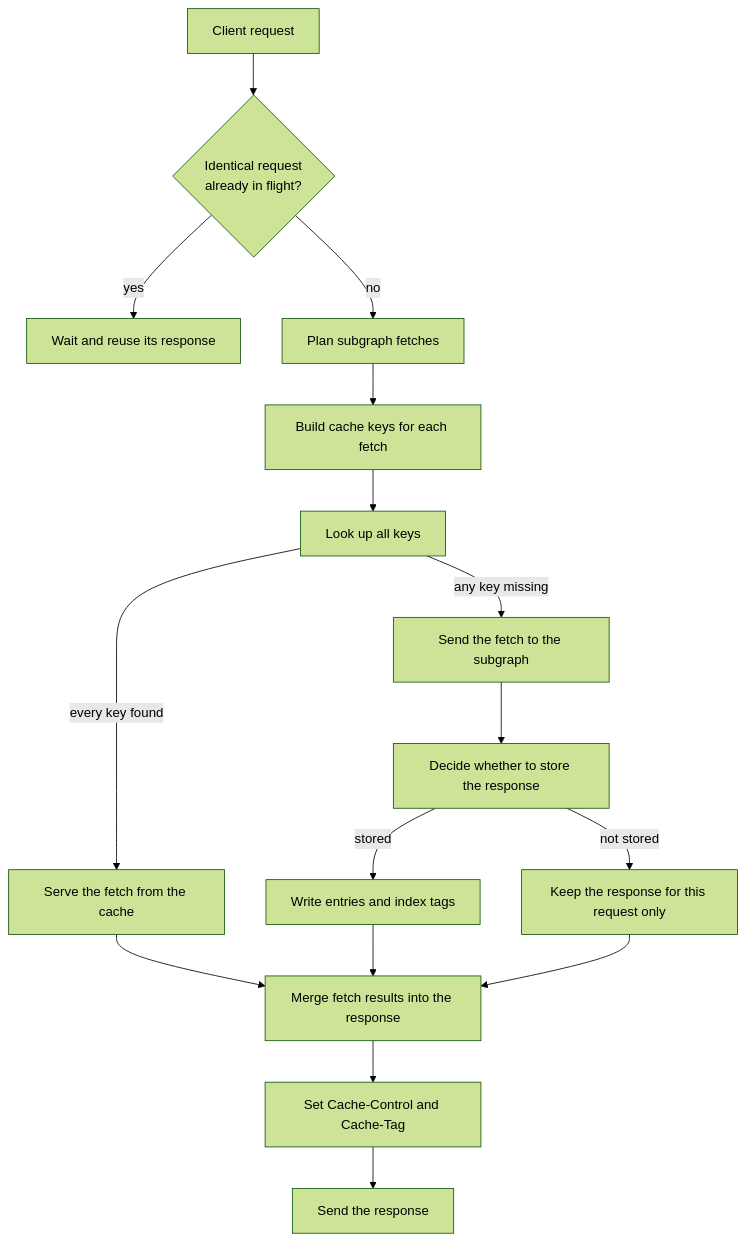
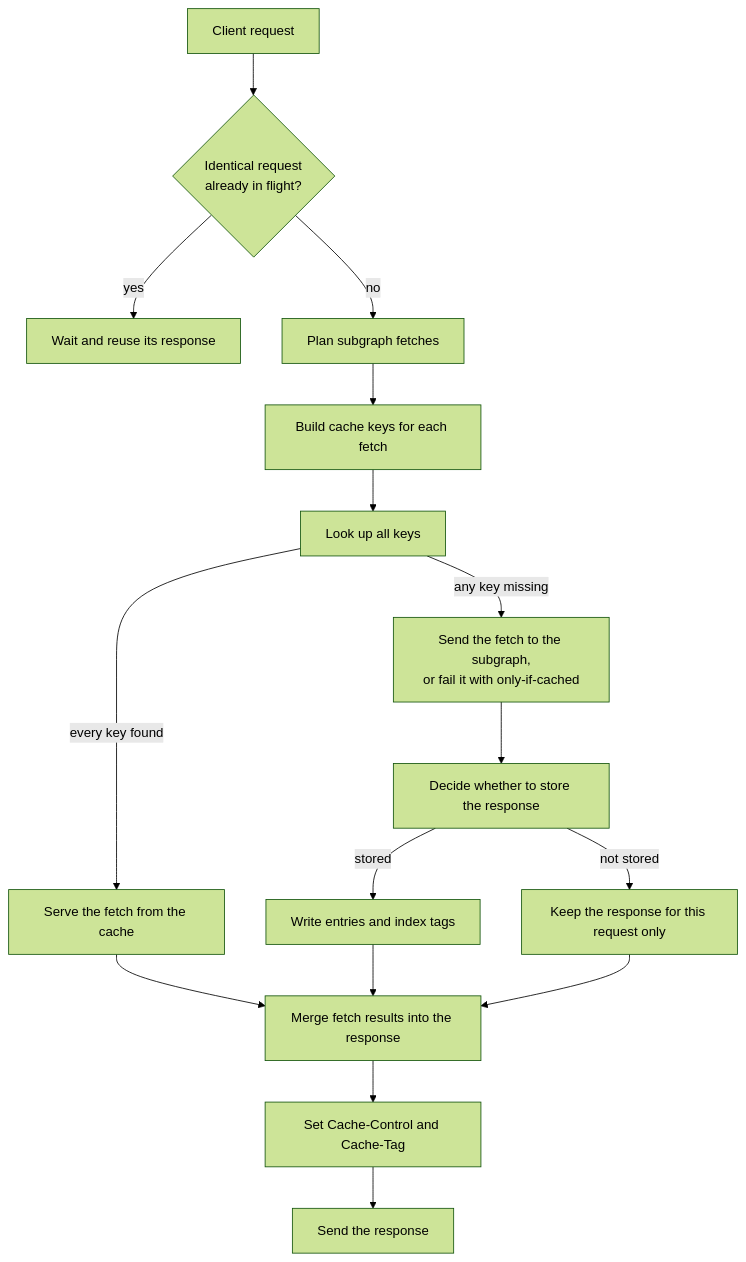
Before and after one commit to wundergraph/cosmo: the diagram in docs-website/router/response-cache/how-it-works.mdx, drawn with Mermaid (forest theme). The commit also changed other lines of this file and 2 other files, not shown here.

````diff
--- a/docs-website/router/response-cache/how-it-works.mdx
+++ b/docs-website/router/response-cache/how-it-works.mdx
@@ -18,18 +18,18 @@
 ```mermaid
 flowchart TD
   A[Client request] --> B{Identical request<br/>already in flight?}
   B -- yes --> C[Wait and reuse its response]
   B -- no --> D[Plan subgraph fetches]
   D --> E[Build cache keys for each fetch]
   E --> F[Look up all keys]
   F -- every key found --> G[Serve the fetch from the cache]
-  F -- any key missing --> H[Send the fetch to the subgraph]
+  F -- any key missing --> H[Send the fetch to the subgraph,<br/>or fail it with only-if-cached]
   H --> I[Decide whether to store the response]
   I -- stored --> J[Write entries and index tags]
   I -- not stored --> K[Keep the response for this request only]
   G --> L[Merge fetch results into the response]
   J --> L
   K --> L
   L --> M[Set Cache-Control and Cache-Tag]
   M --> N[Send the response]
 ```
````
